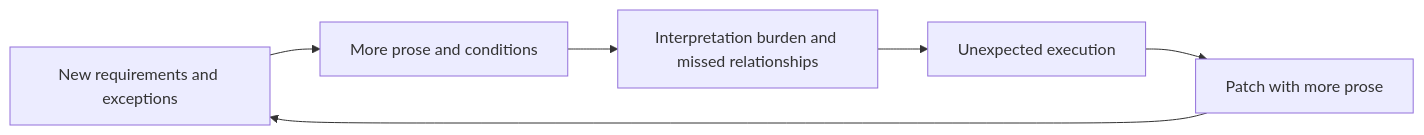
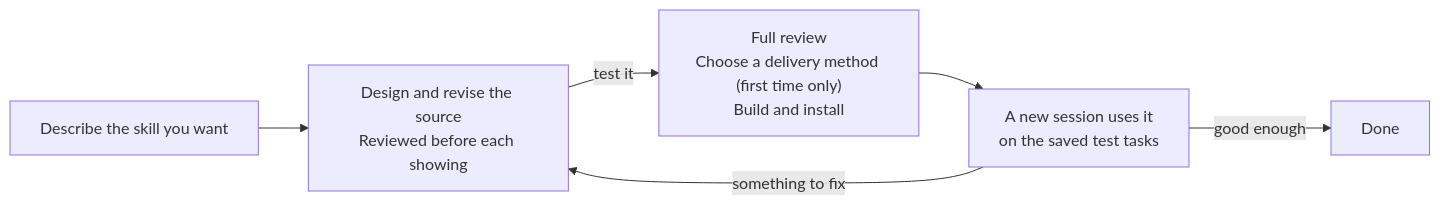
The diagram in README.md (nanomia-ai/skill-rails), drawn with Mermaid before and after one commit. The commit also changed other lines of this file and 1 other file, not shown here.

First line of the commit message:
docs: rewrite README in natural Korean and English, with test tasks and start-rate

````diff
--- a/README.md
+++ b/README.md
@@ -25,8 +180,8 @@
 ```mermaid
 flowchart LR
-    A["New requirements and exceptions"] --> B["More prose and conditions"]
-    B --> C["Interpretation burden and missed relationships"]
-    C --> D["Unexpected execution"]
-    D --> E["Patch with more prose"]
-    E --> A
+    A["Describe the skill you want"] --> B["Design and revise the source<br/>Reviewed before each showing"]
+    B -->|"test it"| C["Full review<br/>Choose a delivery method (first time only)<br/>Build and install"]
+    C --> D["A new session uses it<br/>on the saved test tasks"]
+    D -->|"something to fix"| B
+    D -->|"good enough"| E["Done"]
 ```
````
